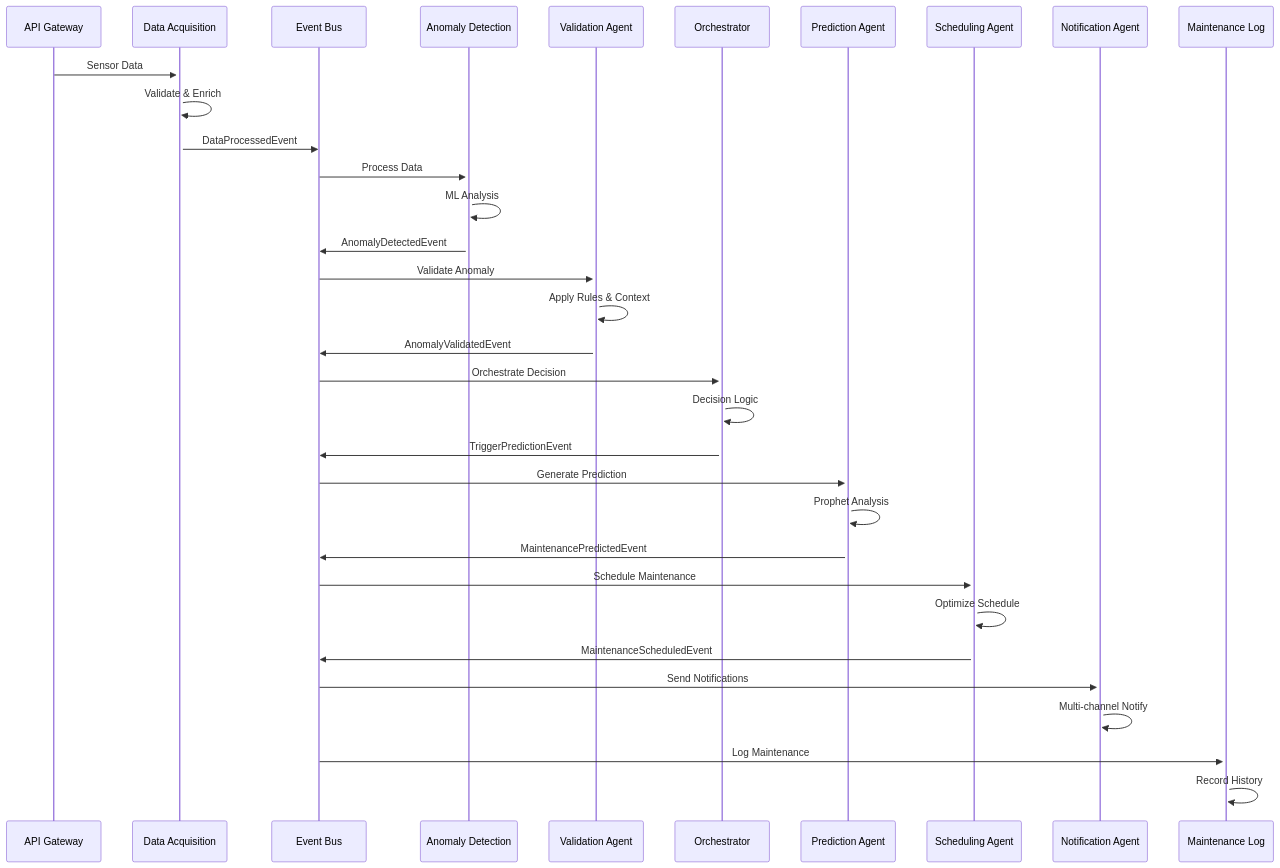
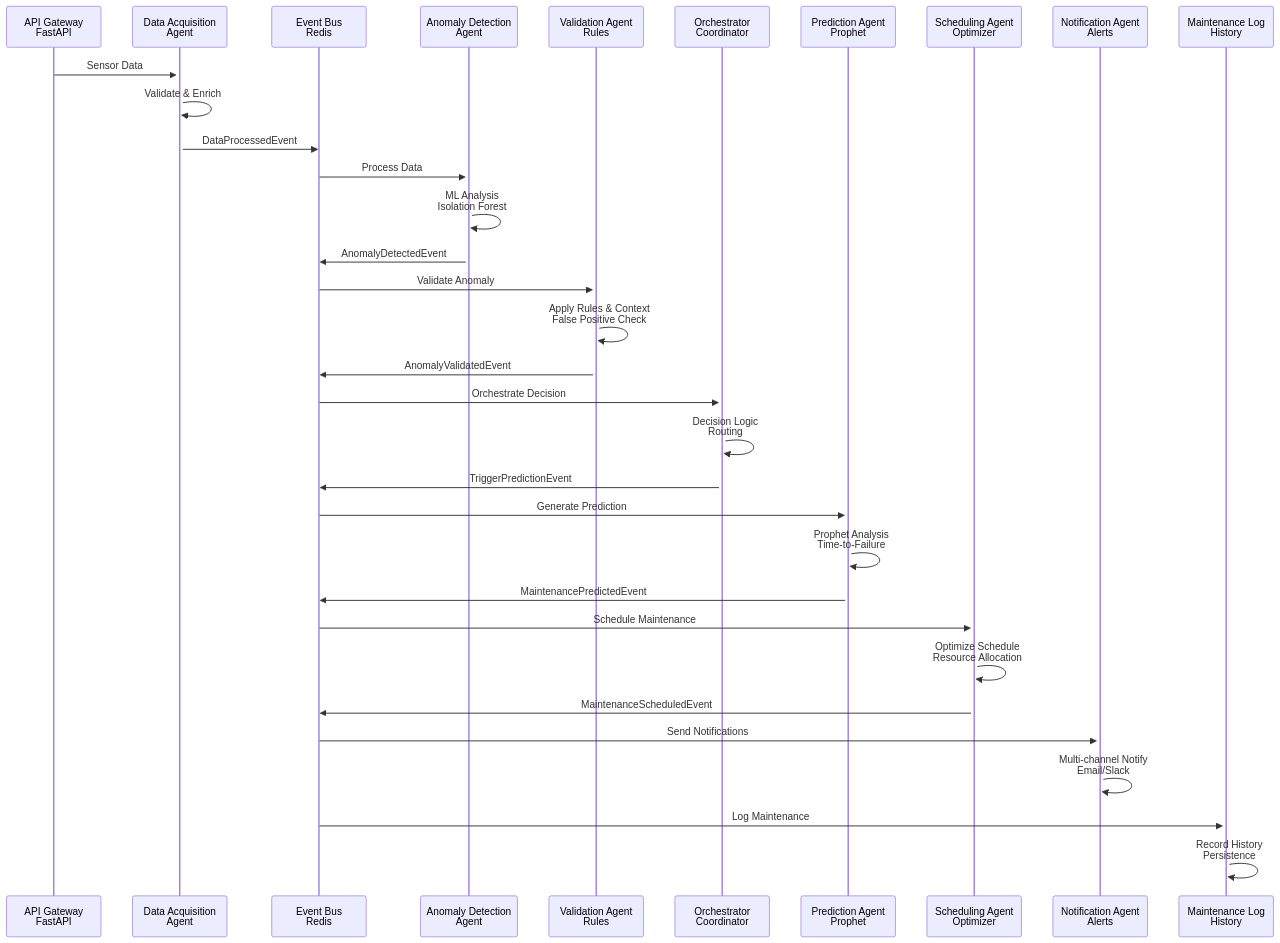
One commit to YanCotta/enterprise_challenge_sprint_1_hermes_reply changed diagram 20 of 25 in smart-maintenance-saas/docs/SYSTEM_AND_ARCHITECTURE.md. Above: the diagram before and after it, drawn with Mermaid. The commit also changed other lines of this file, not shown here.

Commit message:
Add comprehensive system diagrams with darker colors for better visibility

````diff
--- a/smart-maintenance-saas/docs/SYSTEM_AND_ARCHITECTURE.md
+++ b/smart-maintenance-saas/docs/SYSTEM_AND_ARCHITECTURE.md
@@ -827,36 +1444,36 @@
 ```mermaid
 sequenceDiagram
-    participant API as API Gateway
-    participant DAA as Data Acquisition
-    participant EB as Event Bus
-    participant ADA as Anomaly Detection
-    participant VA as Validation Agent
-    participant OA as Orchestrator
-    participant PA as Prediction Agent
-    participant SA as Scheduling Agent
-    participant NA as Notification Agent
-    participant MLA as Maintenance Log
+    participant API as API Gateway<br/>FastAPI
+    participant DAA as Data Acquisition<br/>Agent
+    participant EB as Event Bus<br/>Redis
+    participant ADA as Anomaly Detection<br/>Agent
+    participant VA as Validation Agent<br/>Rules
+    participant OA as Orchestrator<br/>Coordinator
+    participant PA as Prediction Agent<br/>Prophet
+    participant SA as Scheduling Agent<br/>Optimizer
+    participant NA as Notification Agent<br/>Alerts
+    participant MLA as Maintenance Log<br/>History
 
     API->>+DAA: Sensor Data
     DAA->>DAA: Validate & Enrich
     DAA->>EB: DataProcessedEvent
     EB->>+ADA: Process Data
-    ADA->>ADA: ML Analysis
+    ADA->>ADA: ML Analysis<br/>Isolation Forest
     ADA->>EB: AnomalyDetectedEvent
     EB->>+VA: Validate Anomaly
-    VA->>VA: Apply Rules & Context
+    VA->>VA: Apply Rules & Context<br/>False Positive Check
     VA->>EB: AnomalyValidatedEvent
     EB->>+OA: Orchestrate Decision
-    OA->>OA: Decision Logic
+    OA->>OA: Decision Logic<br/>Routing
     OA->>EB: TriggerPredictionEvent
     EB->>+PA: Generate Prediction
-    PA->>PA: Prophet Analysis
+    PA->>PA: Prophet Analysis<br/>Time-to-Failure
     PA->>EB: MaintenancePredictedEvent
     EB->>+SA: Schedule Maintenance
-    SA->>SA: Optimize Schedule
+    SA->>SA: Optimize Schedule<br/>Resource Allocation
     SA->>EB: MaintenanceScheduledEvent
     EB->>+NA: Send Notifications
-    NA->>NA: Multi-channel Notify
+    NA->>NA: Multi-channel Notify<br/>Email/Slack
     EB->>+MLA: Log Maintenance
-    MLA->>MLA: Record History
+    MLA->>MLA: Record History<br/>Persistence
 ```
````
